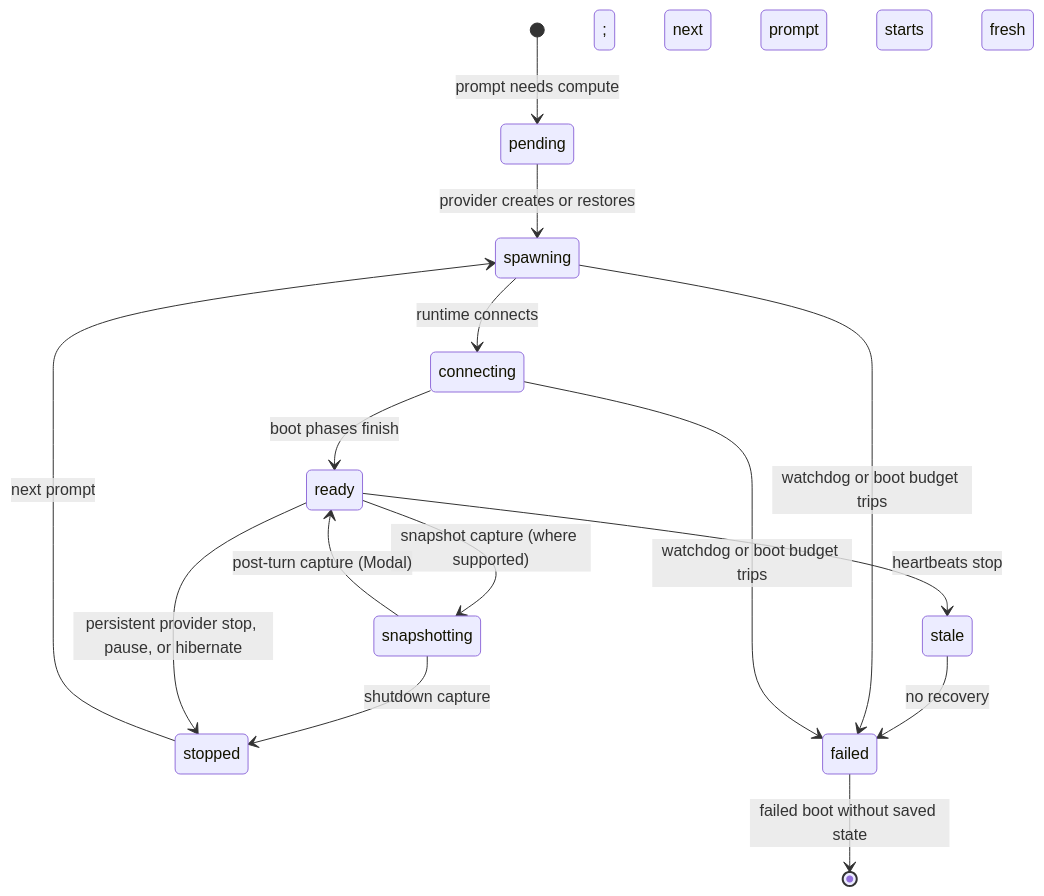
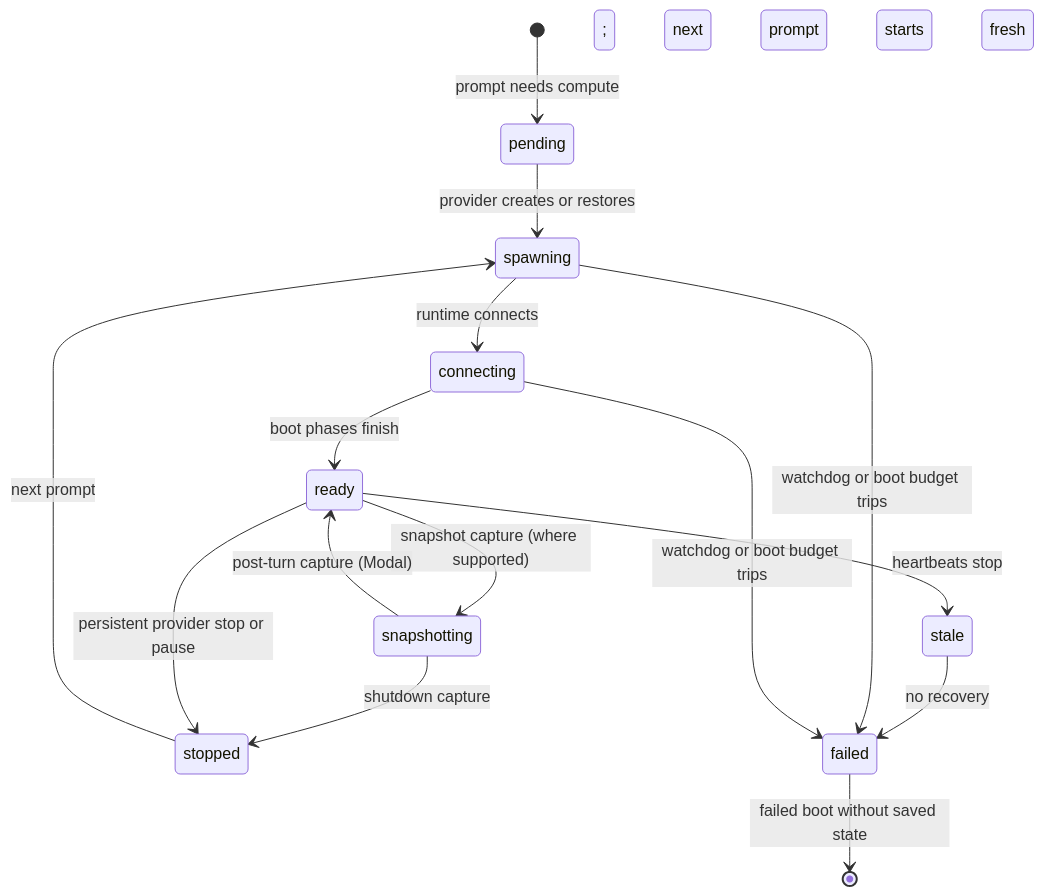
The second of 2 diagrams in packages/docs/content/docs/sessions/lifecycle-and-statuses.mdx (ColeMurray/background-agents), drawn with Mermaid before and after one commit. The commit also changed other lines of this file and 77 other files, not shown here.

````diff
--- a/packages/docs/content/docs/sessions/lifecycle-and-statuses.mdx
+++ b/packages/docs/content/docs/sessions/lifecycle-and-statuses.mdx
@@ -75,19 +75,19 @@
 ```mermaid
 stateDiagram-v2
     accTitle: Sandbox status transitions
     direction TB
     [*] --> pending: prompt needs compute
     pending --> spawning: provider creates or restores
     spawning --> connecting: runtime connects
     connecting --> ready: boot phases finish
     ready --> snapshotting: snapshot capture (where supported)
     snapshotting --> ready: post-turn capture (Modal)
     snapshotting --> stopped: shutdown capture
-    ready --> stopped: persistent provider stop, pause, or hibernate
+    ready --> stopped: persistent provider stop or pause
     stopped --> spawning: next prompt
     ready --> stale: heartbeats stop
     stale --> failed: no recovery
     spawning --> failed: watchdog or boot budget trips
     connecting --> failed: watchdog or boot budget trips
     failed --> [*]: failed boot without saved state; next prompt starts fresh
 ```
````
